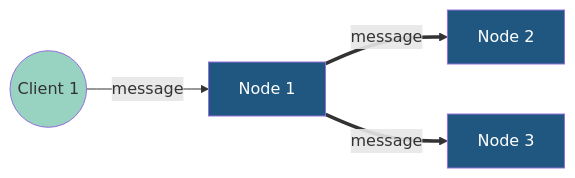
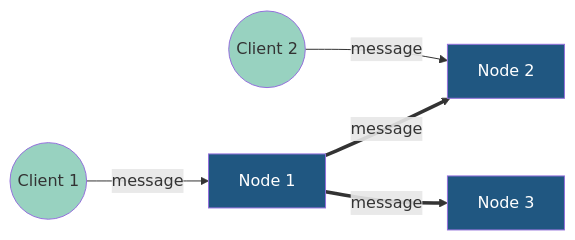
One commit to niklas-enns/message-broker changed the second of 2 diagrams in README.md. Above: the diagram before and after it, drawn with Mermaid.

Commit message:
reformat table

````diff
--- a/README.md
+++ b/README.md
@@ -84,13 +84,15 @@
 ```mermaid
 graph LR;
     N1[Node 1]==>|message|N2[Node 2]
     N1==>|message|N3[Node 3]
+    
     C1((Client 1))-->|message|N1;
+    C2((Client 2))-->|message|N2;
     
     classDef c1 fill:#205781,color:white;
     classDef c2 fill:#4F959D,color:white;
     classDef c3 fill:#98D2C0;
     classDef c4 fill:#F6F8D5;
     class N1,N2,N3 c1
     class C1,C2,C3,C4 c3
 ```
````
